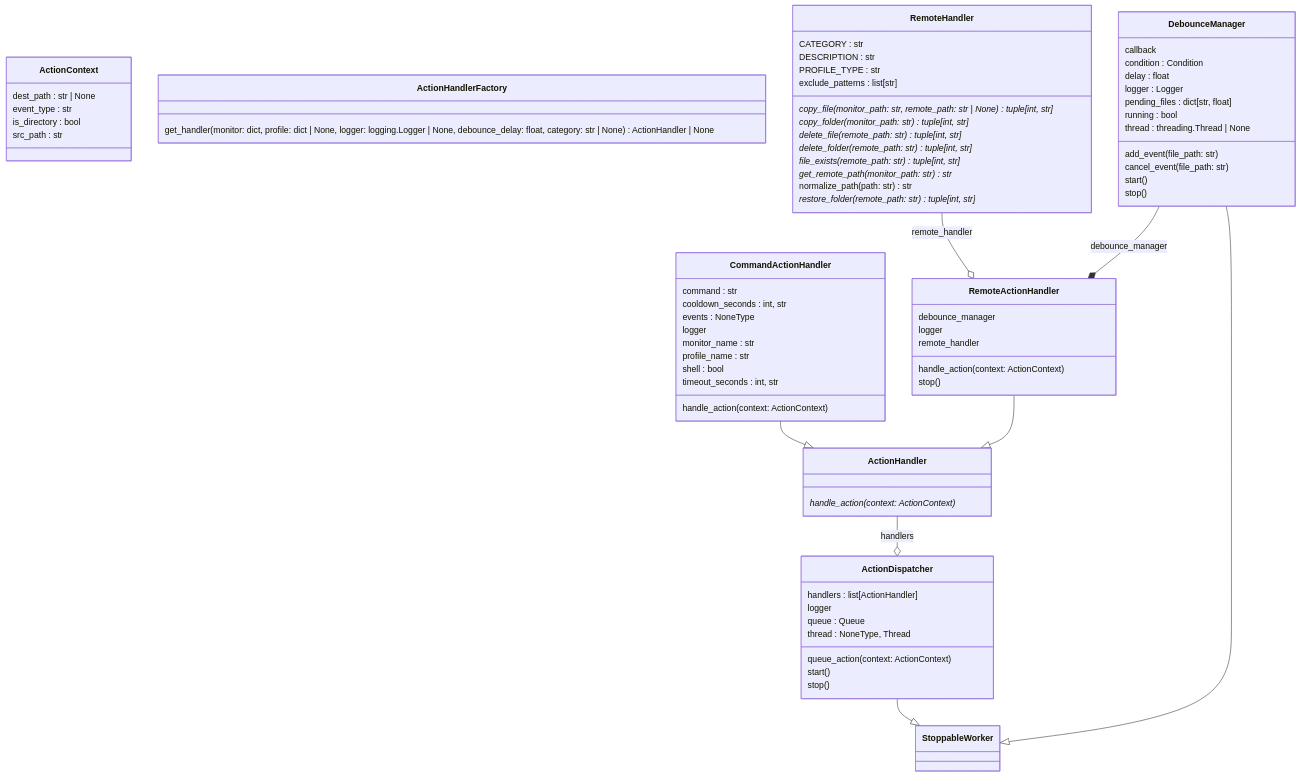
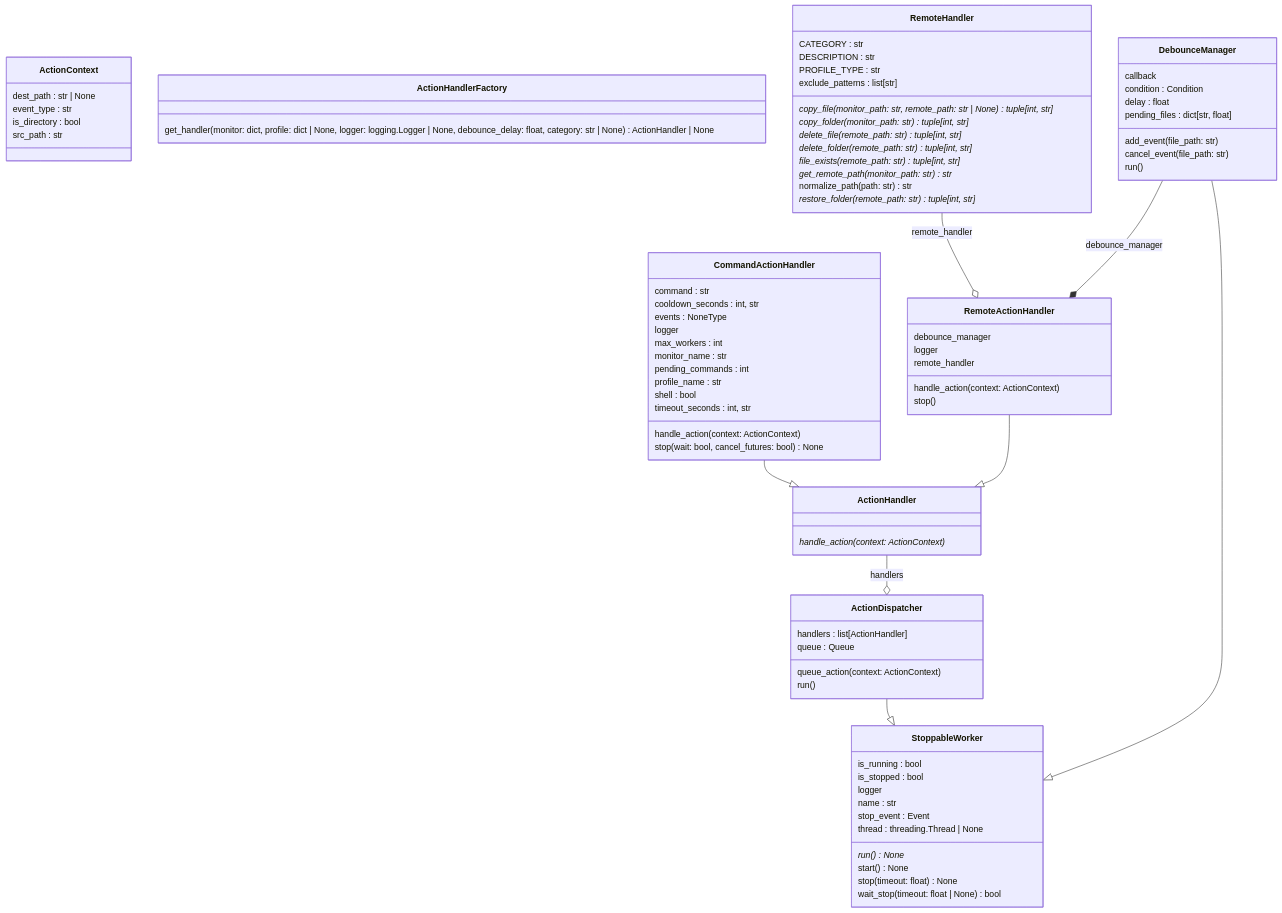
One commit to Transparent-Systems/monitorhub changed the first of 2 diagrams in ARCHITECTURE.md. Above: the diagram before and after it, drawn with Mermaid. The commit also changed other lines of this file, not shown here.

Commit message:
Updated architecture diagram

```diff
--- a/ARCHITECTURE.md
+++ b/ARCHITECTURE.md
@@ -15,12 +15,9 @@
   }
   class ActionDispatcher {
     handlers : list[ActionHandler]
-    logger
     queue : Queue
-    thread : NoneType, Thread
     queue_action(context: ActionContext)
-    start()
-    stop()
+    run()
   }
   class ActionHandler {
     handle_action(context: ActionContext)*
@@ -33,24 +30,23 @@
     cooldown_seconds : int, str
     events : NoneType
     logger
+    max_workers : int
     monitor_name : str
+    pending_commands : int
     profile_name : str
     shell : bool
     timeout_seconds : int, str
     handle_action(context: ActionContext)
+    stop(wait: bool, cancel_futures: bool) None
   }
   class DebounceManager {
     callback
     condition : Condition
     delay : float
-    logger : Logger
     pending_files : dict[str, float]
-    running : bool
-    thread : threading.Thread | None
     add_event(file_path: str)
     cancel_event(file_path: str)
-    start()
-    stop()
+    run()
   }
   class RemoteActionHandler {
     debounce_manager
@@ -73,9 +69,21 @@
     normalize_path(path: str) str
     restore_folder(remote_path: str)* tuple[int, str]
   }
+  class StoppableWorker {
+    is_running : bool
+    is_stopped : bool
+    logger
+    name : str
+    stop_event : Event
+    thread : threading.Thread | None
+    run()* None
+    start() None
+    stop(timeout: float) None
+    wait_stop(timeout: float | None) bool
+  }
   ActionDispatcher --|> StoppableWorker
+  CommandActionHandler --|> ActionHandler
   DebounceManager --|> StoppableWorker
-  CommandActionHandler --|> ActionHandler
   RemoteActionHandler --|> ActionHandler
   DebounceManager --* RemoteActionHandler : debounce_manager
   ActionHandler --o ActionDispatcher : handlers
```
